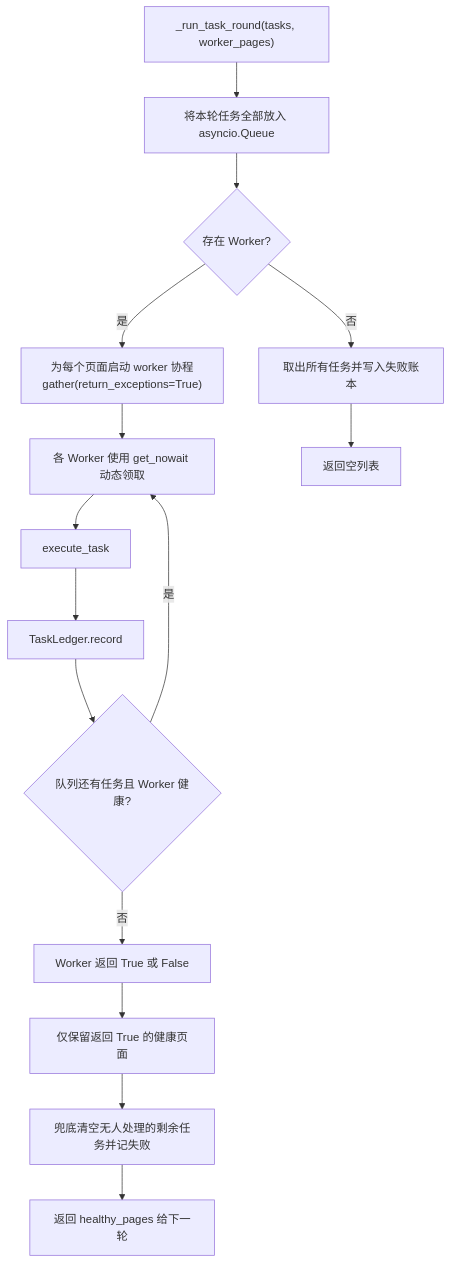
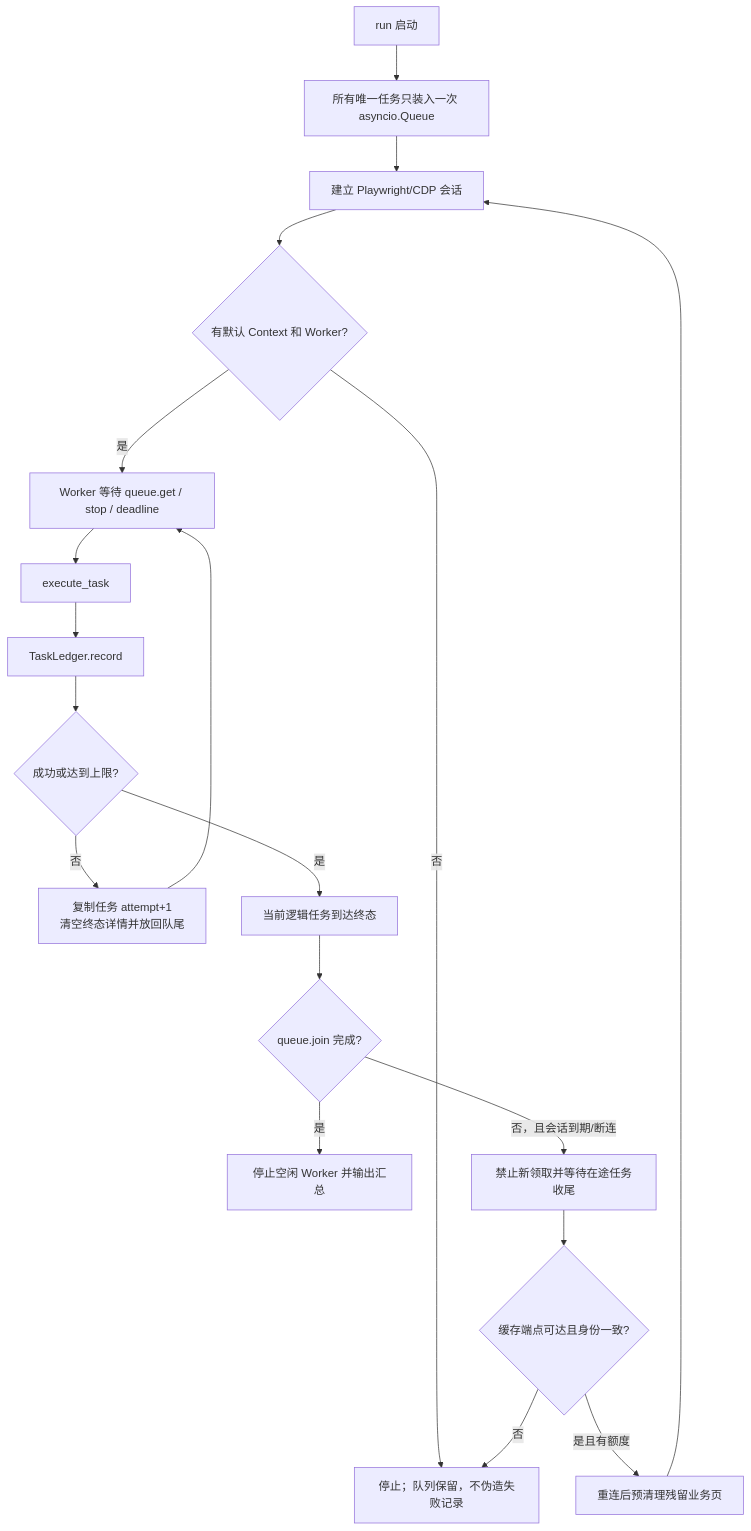
The sixth of 15 diagrams in ARCHITECTURE.md (liao084/BitBrowser-Backfill-Engine), drawn with Mermaid before and after one commit. The commit also changed other lines of this file and 7 other files, not shown here.

````diff
--- a/ARCHITECTURE.md
+++ b/ARCHITECTURE.md
@@ -239,17 +244,21 @@
 ```mermaid
 flowchart TD
-    Start["_run_task_round(tasks, worker_pages)"] --> Fill["将本轮任务全部放入 asyncio.Queue"]
-    Fill --> HasWorker{"存在 Worker?"}
-    HasWorker -->|"否"| AllFail["取出所有任务并写入失败账本"]
-    HasWorker -->|"是"| Gather["为每个页面启动 worker 协程<br/>gather(return_exceptions=True)"]
-    Gather --> Claim["各 Worker 使用 get_nowait 动态领取"]
+    Start["run 启动"] --> Fill["所有唯一任务只装入一次 asyncio.Queue"]
+    Fill --> Session["建立 Playwright/CDP 会话"]
+    Session --> HasWorker{"有默认 Context 和 Worker?"}
+    HasWorker -->|"否"| Stop["停止；队列保留，不伪造失败记录"]
+    HasWorker -->|"是"| Claim["Worker 等待 queue.get / stop / deadline"]
     Claim --> Execute["execute_task"]
     Execute --> Record["TaskLedger.record"]
-    Record --> More{"队列还有任务且 Worker 健康?"}
-    More -->|"是"| Claim
-    More -->|"否"| WorkerResult["Worker 返回 True 或 False"]
-    WorkerResult --> Filter["仅保留返回 True 的健康页面"]
-    Filter --> Drain["兜底清空无人处理的剩余任务并记失败"]
-    Drain --> Return["返回 healthy_pages 给下一轮"]
-    AllFail --> ReturnEmpty["返回空列表"]
+    Record --> Success{"成功或达到上限?"}
+    Success -->|"否"| Retry["复制任务 attempt+1<br/>清空终态详情并放回队尾"]
+    Retry --> Claim
+    Success -->|"是"| Done["当前逻辑任务到达终态"]
+    Done --> QueueDone{"queue.join 完成?"}
+    QueueDone -->|"是"| Finish["停止空闲 Worker 并输出汇总"]
+    QueueDone -->|"否，且会话到期/断连"| Settle["禁止新领取并等待在途任务收尾"]
+    Settle --> Identity{"缓存端点可达且身份一致?"}
+    Identity -->|"是且有额度"| PreClean["重连后预清理残留业务页"]
+    PreClean --> Session
+    Identity -->|"否"| Stop
 ```
````
